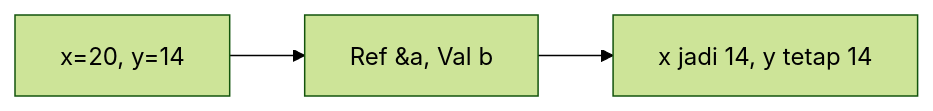
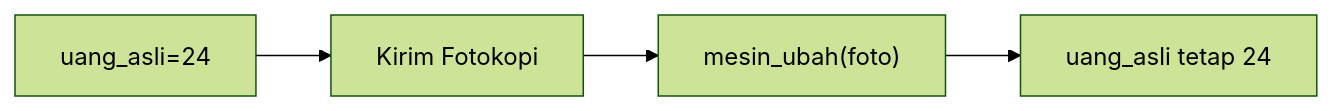
The eighth of 25 diagrams in part-c-pemahaman-cpp/04-fungsi/latihan/set-07.md (amnahwaida/OSNK_INF_PREP), drawn with Mermaid (forest theme) before and after one commit. The commit also changed other lines of this file and 71 other files, not shown here.

````diff
--- a/part-c-pemahaman-cpp/04-fungsi/latihan/set-07.md
+++ b/part-c-pemahaman-cpp/04-fungsi/latihan/set-07.md
@@ -205,5 +217,6 @@
 ```mermaid
 graph LR
-A["x=20, y=14"] --> B["Ref &a, Val b"]
-B --> C["x jadi 14, y tetap 14"]
+A["uang_asli=24"] --> B["Kirim Fotokopi"]
+B --> C["mesin_ubah(foto)"]
+C --> D["uang_asli tetap 24"]
 ```
````
